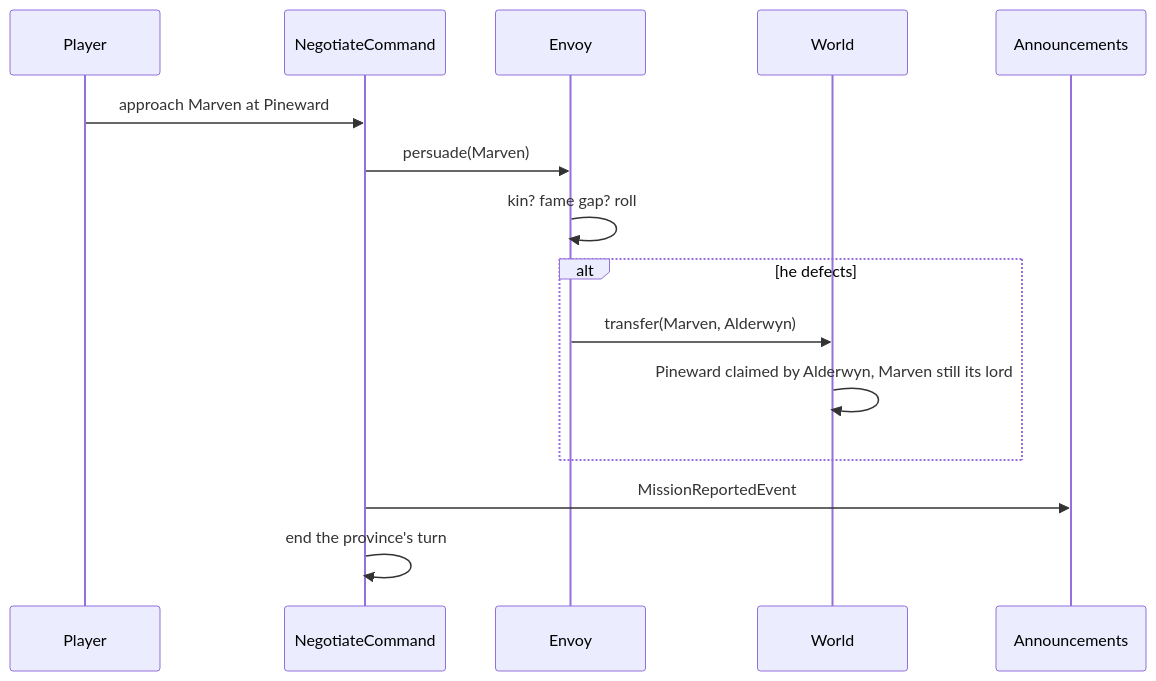
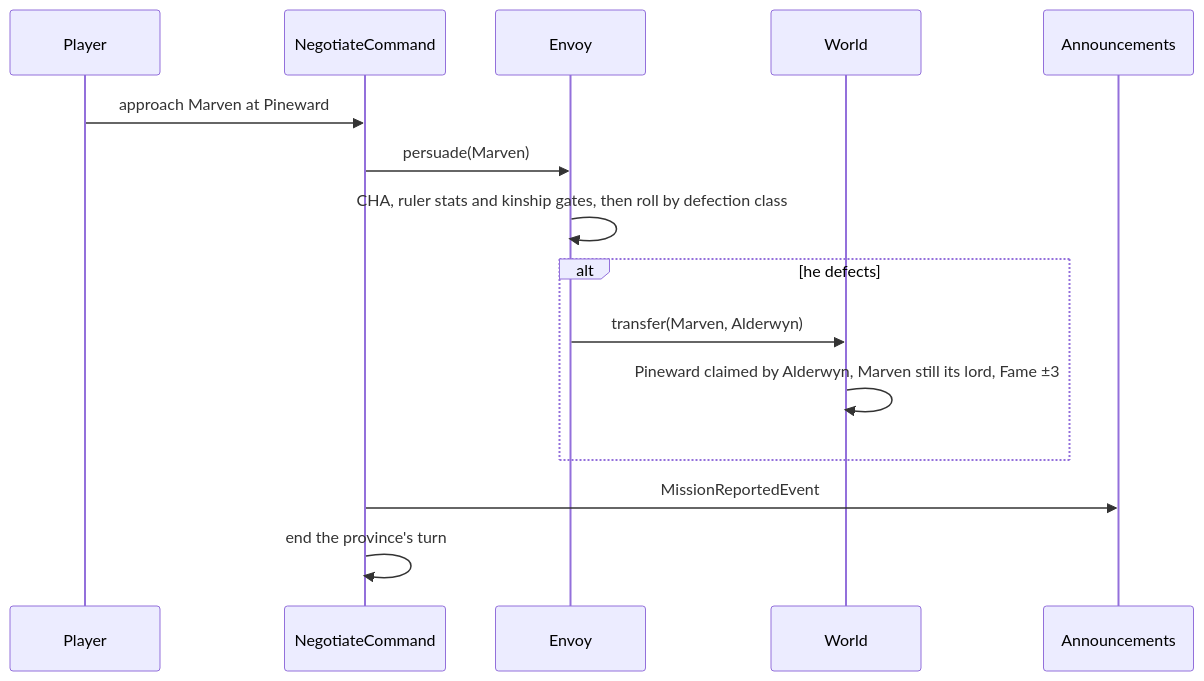
One commit to pslotinsky/kunstkamera changed the third of 4 diagrams in gemstorm/docs/design/10-diplomacy.md. Above: the diagram before and after it, drawn with Mermaid. The commit also changed other lines of this file and 19 other files, not shown here.

````diff
--- a/gemstorm/docs/design/10-diplomacy.md
+++ b/gemstorm/docs/design/10-diplomacy.md
@@ -187,18 +186,18 @@
 ```mermaid
 sequenceDiagram
   participant Player
   participant Negotiate as NegotiateCommand
   participant Envoy
   participant World
   participant News as Announcements
 
   Player->>Negotiate: approach Marven at Pineward
   Negotiate->>Envoy: persuade(Marven)
-  Envoy->>Envoy: kin? fame gap? roll
+  Envoy->>Envoy: CHA, ruler stats and kinship gates, then roll by defection class
   alt he defects
     Envoy->>World: transfer(Marven, Alderwyn)
-    World->>World: Pineward claimed by Alderwyn, Marven still its lord
+    World->>World: Pineward claimed by Alderwyn, Marven still its lord, Fame ±3
   end
   Negotiate->>News: MissionReportedEvent
   Negotiate->>Negotiate: end the province's turn
 ```
````
